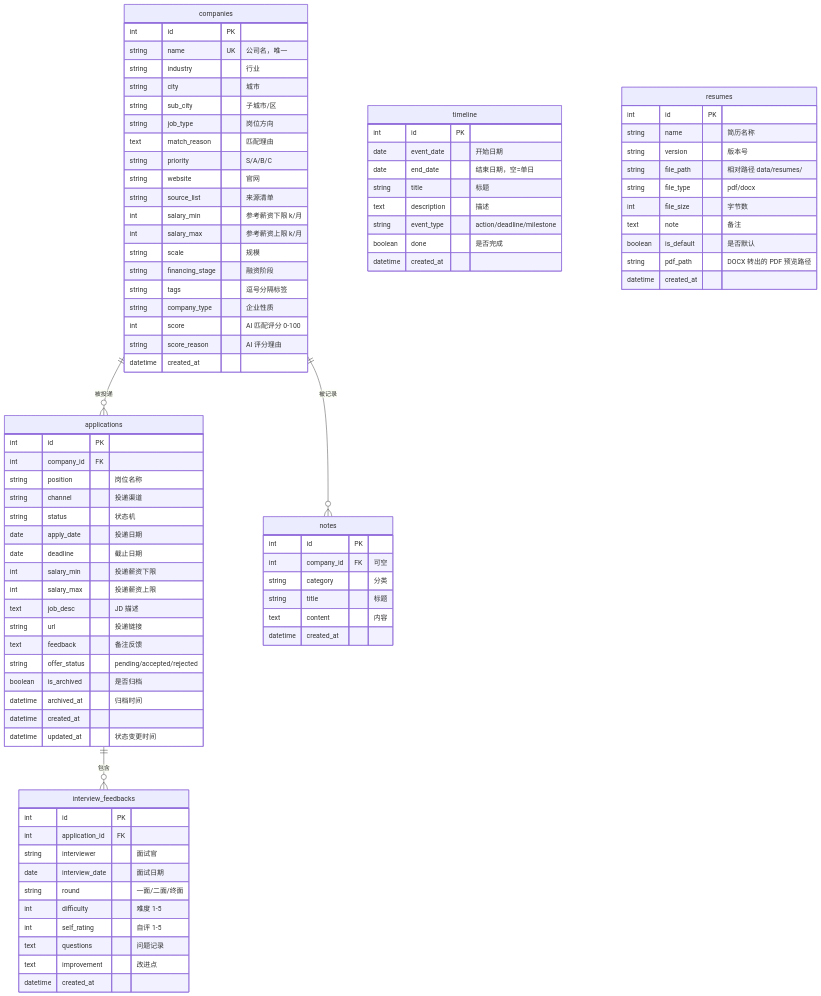
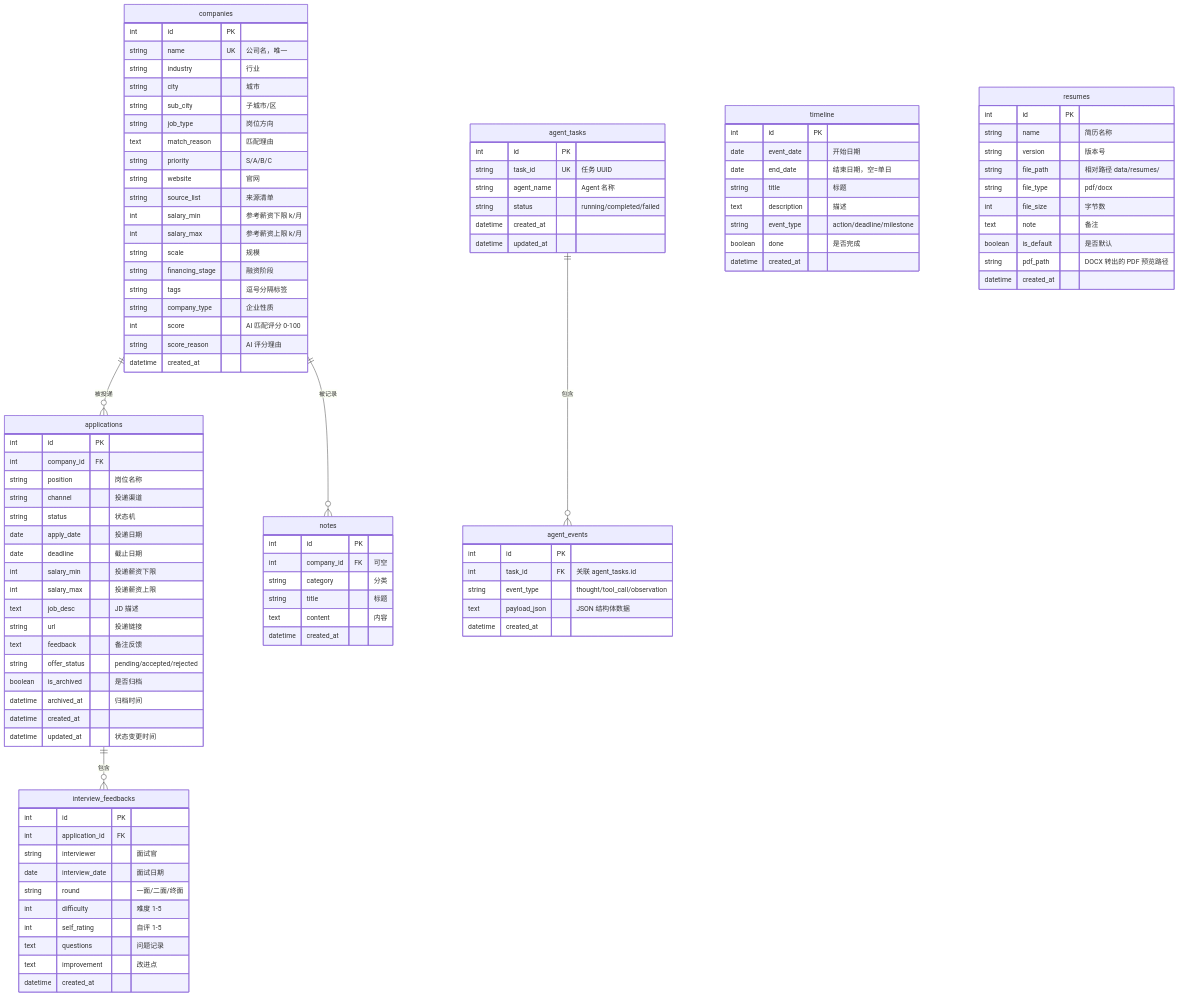
The first of 3 diagrams in docs/database.md (wangyh775/JHTracker), drawn with Mermaid before and after one commit. The commit also changed other lines of this file and 84 other files, not shown here.

```diff
--- a/docs/database.md
+++ b/docs/database.md
@@ -24,6 +26,22 @@
     companies ||--o{ applications : "被投递"
     companies ||--o{ notes : "被记录"
     applications ||--o{ interview_feedbacks : "包含"
+    agent_tasks ||--o{ agent_events : "包含"
+    agent_tasks {
+        int id PK
+        string task_id UK "任务 UUID"
+        string agent_name "Agent 名称"
+        string status "running/completed/failed"
+        datetime created_at
+        datetime updated_at
+    }
+    agent_events {
+        int id PK
+        int task_id FK "关联 agent_tasks.id"
+        string event_type "thought/tool_call/observation"
+        text payload_json "JSON 结构体数据"
+        datetime created_at
+    }
     companies {
         int id PK
         string name UK "公司名，唯一"
```
